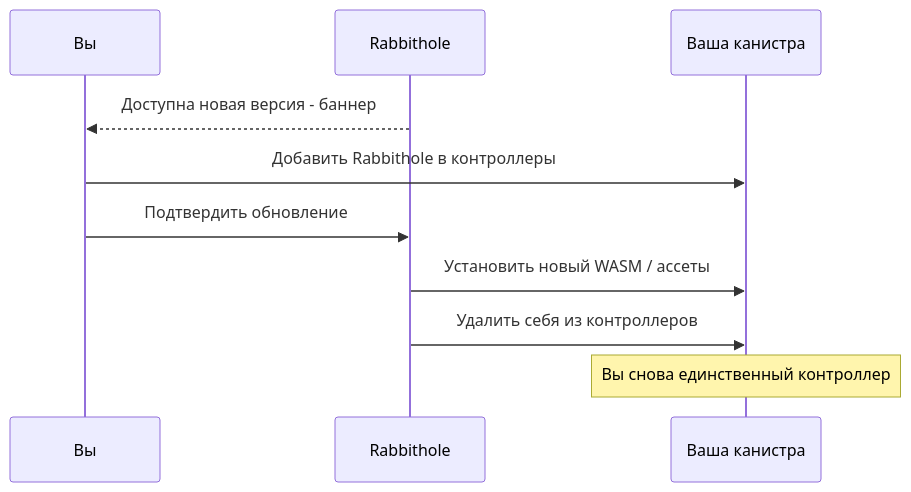
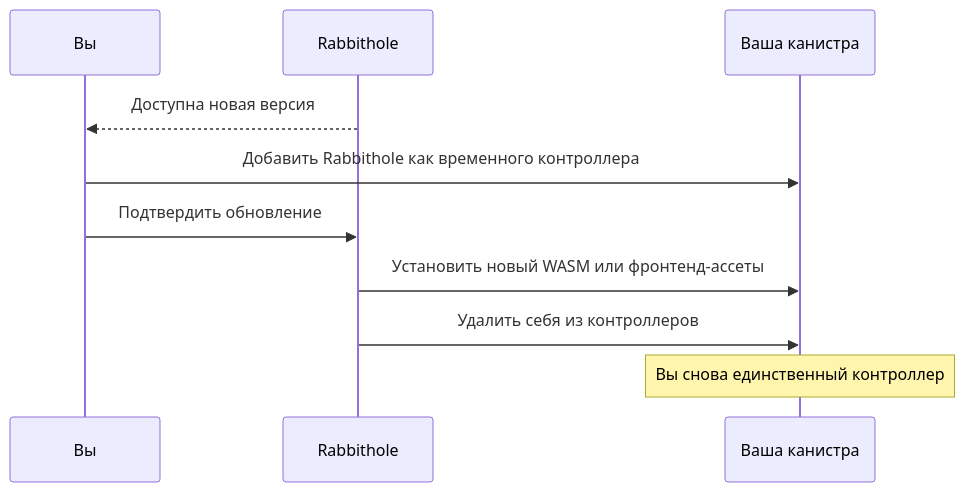
Before and after one commit to rabbithole-app/v2: the third of 3 diagrams in apps/docs/src/ru/how-it-works/sovereignty.md, drawn with Mermaid. The commit also changed other lines of this file and 36 other files, not shown here.

````diff
--- a/apps/docs/src/ru/how-it-works/sovereignty.md
+++ b/apps/docs/src/ru/how-it-works/sovereignty.md
@@ -151,13 +209,13 @@
 ```mermaid
 sequenceDiagram
     participant U as Вы
     participant R as Rabbithole
     participant C as Ваша канистра
 
-    R-->>U: Доступна новая версия - баннер
-    U->>C: Добавить Rabbithole в контроллеры
+    R-->>U: Доступна новая версия
+    U->>C: Добавить Rabbithole как временного контроллера
     U->>R: Подтвердить обновление
-    R->>C: Установить новый WASM / ассеты
+    R->>C: Установить новый WASM или фронтенд-ассеты
     R->>C: Удалить себя из контроллеров
     Note over C: Вы снова единственный контроллер
 ```
````
